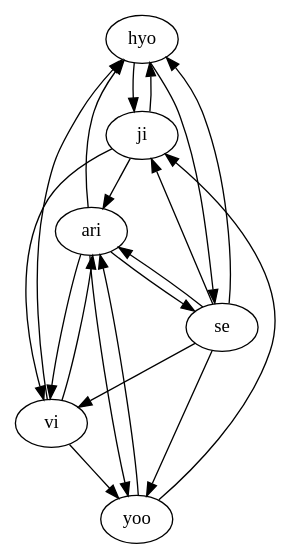
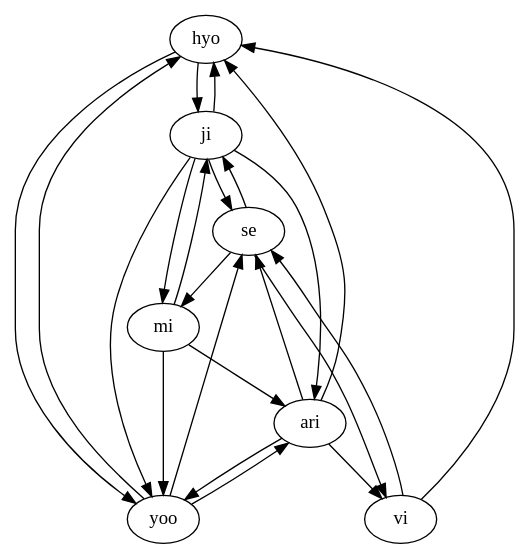
Before and after one commit to hannimpeha/WS: the diagram in src/main/java/resource/awesome.dot, drawn with Graphviz. The commit also changed 9 other files, not shown here.

```diff
--- a/src/main/java/resource/awesome.dot
+++ b/src/main/java/resource/awesome.dot
@@ -1,21 +1,24 @@
 digraph {
 hyo->ji;
 ji->hyo;
+hyo->yoo;
+yoo->hyo;
 vi->hyo;
-hyo->se;
-se->hyo;
 ari->hyo;
-yoo->ji;
-ji->vi;
+ji->yoo;
+ji->mi;
+mi->ji;
+ji->se;
 se->ji;
 ji->ari;
-vi->yoo;
-se->yoo;
+mi->yoo;
+yoo->se;
 yoo->ari;
 ari->yoo;
+se->mi;
+mi->ari;
+vi->se;
 se->vi;
-vi->ari;
 ari->vi;
-se->ari;
 ari->se;
 }
```
